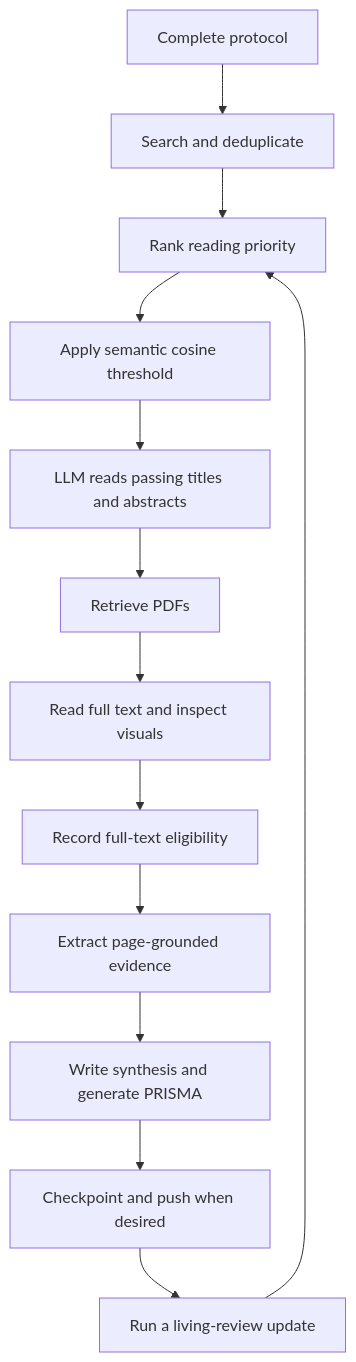
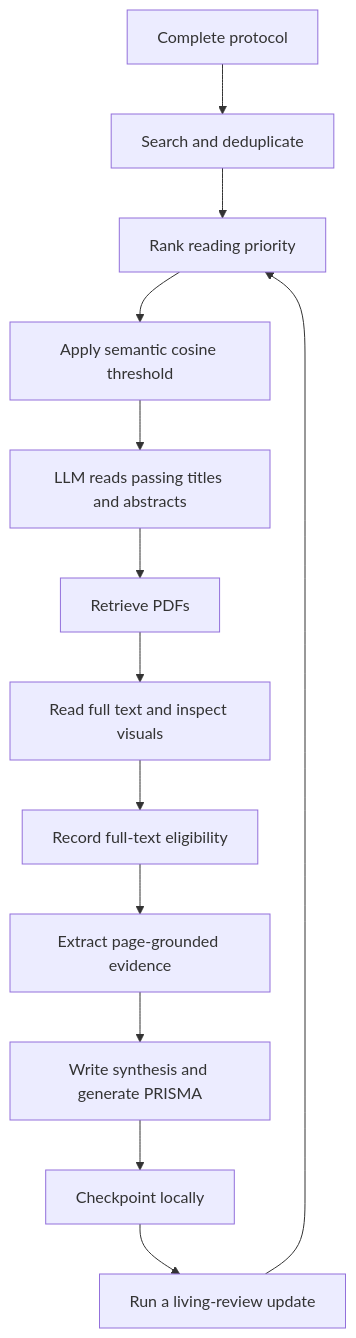
The second of 2 diagrams in README.md (xtobando/slr-system), drawn with Mermaid before and after one commit. The commit also changed other lines of this file and 5 other files, not shown here.

````diff
--- a/README.md
+++ b/README.md
@@ -281,15 +320,15 @@
 ```mermaid
 flowchart TD
     A[Complete protocol] --> B[Search and deduplicate]
     B --> C[Rank reading priority]
     C --> T[Apply semantic cosine threshold]
     T --> D[LLM reads passing titles and abstracts]
     D --> E[Retrieve PDFs]
     E --> F[Read full text and inspect visuals]
     F --> G[Record full-text eligibility]
     G --> H[Extract page-grounded evidence]
     H --> I[Write synthesis and generate PRISMA]
-    I --> J[Checkpoint and push when desired]
+    I --> J[Checkpoint locally]
     J --> K[Run a living-review update]
     K --> C
 ```
````
